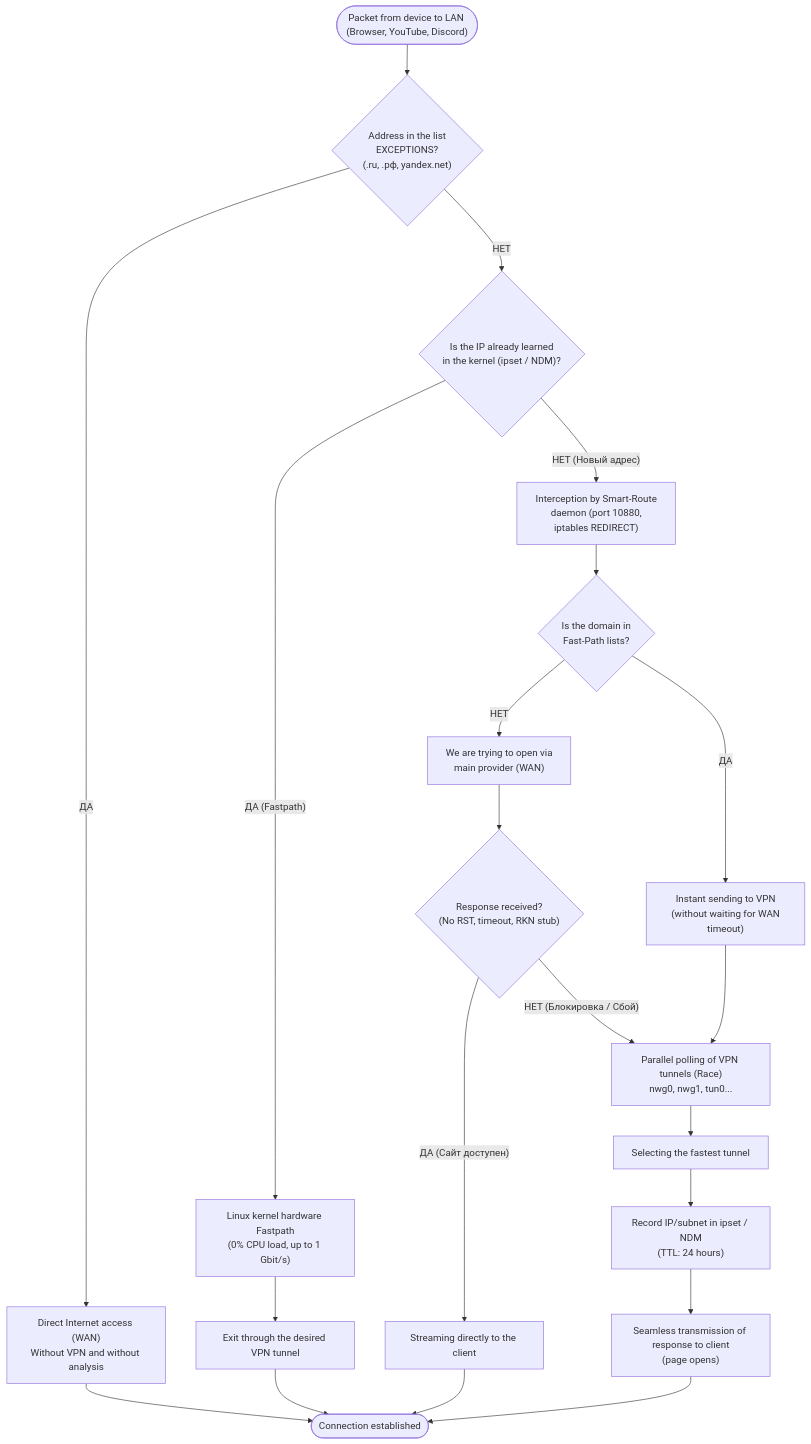
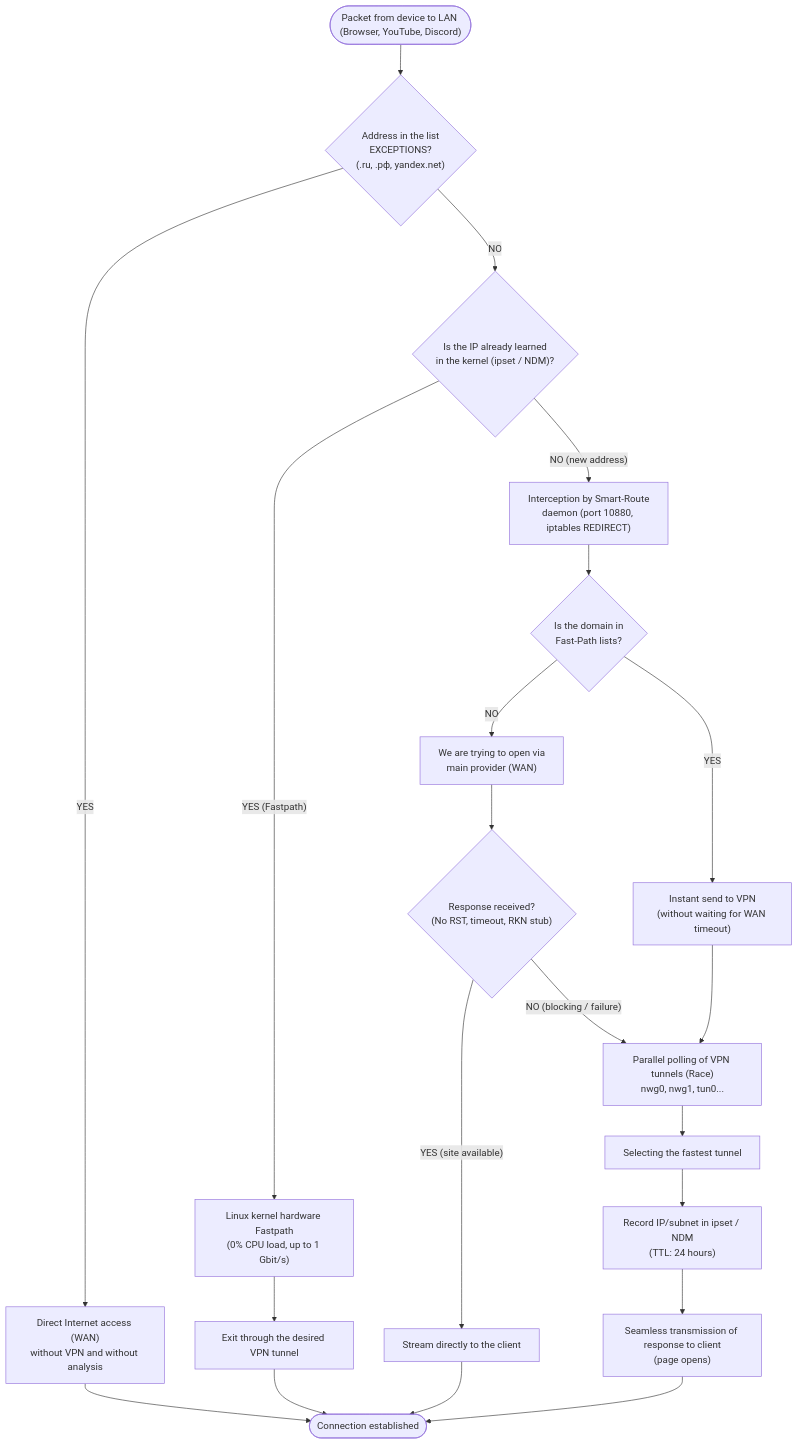
The first of 3 diagrams in USER_GUIDE.md (DFR11/Snakelair-Keenetic-Entware-OPKG-Repository), drawn with Mermaid before and after one commit. The commit also changed other lines of this file and 1 other file, not shown here.

````diff
--- a/USER_GUIDE.md
+++ b/USER_GUIDE.md
@@ -21,36 +21,36 @@
 ```mermaid
 flowchart TD
     Start(["Packet from device to LAN (Browser, YouTube, Discord)"]) --> CheckExcluded{"Address in the list<br/>EXCEPTIONS?<br/>(.ru, .рф, yandex.net)"}
-    
-    %%Exception branch
-    CheckExcluded -- "ДА" --> DirectWAN["Direct Internet access (WAN)<br/>Without VPN and without analysis"]
+
+    %% Exception branch
+    CheckExcluded -- "YES" --> DirectWAN["Direct Internet access (WAN)<br/>without VPN and without analysis"]
     DirectWAN --> Finish(["Connection established"])
 
-    %%Regular review thread
-    CheckExcluded -- "НЕТ" --> CheckKernel{"Is the IP already learned<br/>in the kernel (ipset / NDM)?"}
-    
-    %%Hardware offload
-    CheckKernel -- "ДА (Fastpath)" --> KernelOffload["Linux kernel hardware Fastpath<br/>(0% CPU load, up to 1 Gbit/s)"]
+    %% Regular review thread
+    CheckExcluded -- "NO" --> CheckKernel{"Is the IP already learned<br/>in the kernel (ipset / NDM)?"}
+
+    %% Hardware offload
+    CheckKernel -- "YES (Fastpath)" --> KernelOffload["Linux kernel hardware Fastpath<br/>(0% CPU load, up to 1 Gbit/s)"]
     KernelOffload --> VPNOut["Exit through the desired VPN tunnel"]
     VPNOut --> Finish
 
-    %%Primary connection via daemon
-    CheckKernel -- "НЕТ (Новый адрес)" --> Intercept["Interception by Smart-Route<br/> daemon (port 10880, iptables REDIRECT)"]
+    %% Primary connection via daemon
+    CheckKernel -- "NO (new address)" --> Intercept["Interception by Smart-Route<br/>daemon (port 10880, iptables REDIRECT)"]
     Intercept --> FastList{"Is the domain in <br/>Fast-Path lists?"}
-    
-    FastList -- "ДА" --> SkipProbe["Instant sending to VPN<br/> (without waiting for WAN timeout)"]
-    FastList -- "НЕТ" --> TryWAN["We are trying to open via <br/>main provider (WAN)"]
-    
+
+    FastList -- "YES" --> SkipProbe["Instant send to VPN<br/>(without waiting for WAN timeout)"]
+    FastList -- "NO" --> TryWAN["We are trying to open via <br/>main provider (WAN)"]
+
     TryWAN --> TestSuccess{"Response received?<br/>(No RST, timeout, RKN stub)"}
-    
-    TestSuccess -- "ДА (Сайт доступен)" --> StreamDirect["Streaming directly to the client"]
+
+    TestSuccess -- "YES (site available)" --> StreamDirect["Stream directly to the client"]
     StreamDirect --> Finish
-    
-    TestSuccess -- "НЕТ (Блокировка / Сбой)" --> ProbeRace["Parallel polling of VPN tunnels (Race)<br/>nwg0, nwg1, tun0..."]
+
+    TestSuccess -- "NO (blocking / failure)" --> ProbeRace["Parallel polling of VPN tunnels (Race)<br/>nwg0, nwg1, tun0..."]
     SkipProbe --> ProbeRace
-    
+
     ProbeRace --> PickWinner["Selecting the fastest tunnel"]
     PickWinner --> LearnKernel["Record IP/subnet in ipset / NDM<br/>(TTL: 24 hours)"]
     LearnKernel --> SeamlessRelay["Seamless transmission of response to client<br/>(page opens)"]
     SeamlessRelay --> Finish
 ```
````
